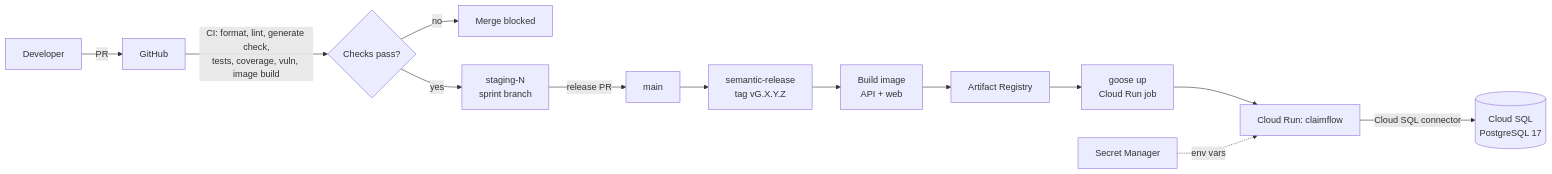
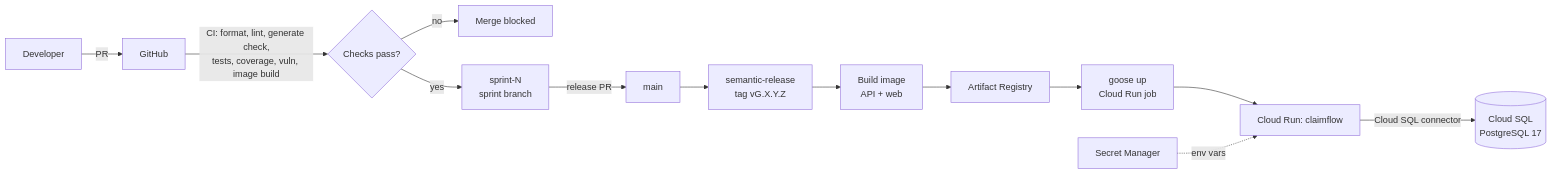
One commit to beambeambeam/claimflow changed the third of 3 diagrams in docs/system-sds.md. Above: the diagram before and after it, drawn with Mermaid. The commit also changed other lines of this file and 6 other files, not shown here.

````diff
--- a/docs/system-sds.md
+++ b/docs/system-sds.md
@@ -647,15 +647,15 @@
 ```mermaid
 flowchart LR
     Dev[Developer] -->|PR| GH[GitHub]
     GH -->|CI: format, lint, generate check,<br/>tests, coverage, vuln, image build| CI{Checks pass?}
     CI -- no --> Block[Merge blocked]
-    CI -- yes --> Stg[staging-N<br/>sprint branch]
+    CI -- yes --> Stg[sprint-N<br/>sprint branch]
     Stg -->|release PR| Main[main]
     Main --> Rel[semantic-release<br/>tag vG.X.Y.Z]
     Rel --> Build[Build image<br/>API + web]
     Build --> AR[Artifact Registry]
     AR --> Mig[goose up<br/>Cloud Run job]
     Mig --> CR[Cloud Run: claimflow]
     CR -- Cloud SQL connector --> SQL[(Cloud SQL<br/>PostgreSQL 17)]
     SM[Secret Manager] -. env vars .-> CR
 ```
````
